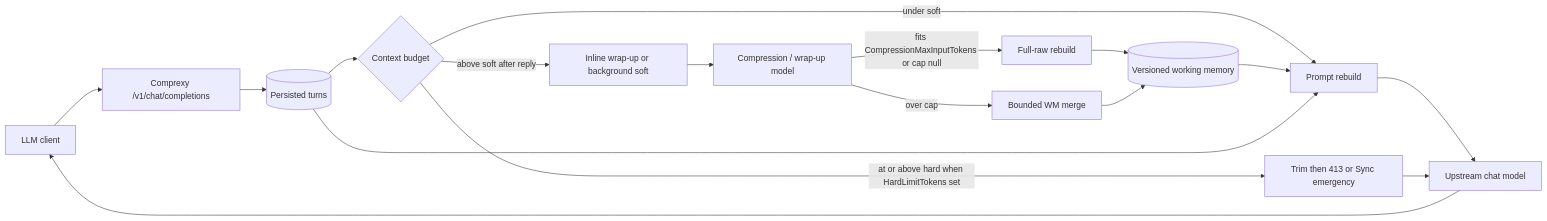
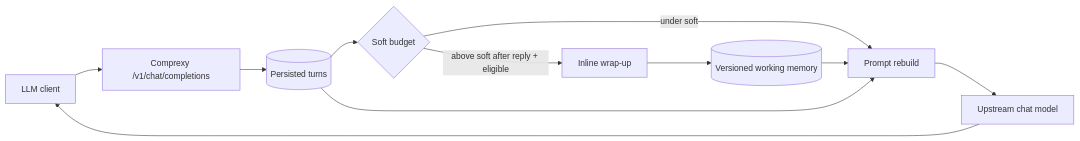
Before and after one commit to norielmallari/comprexy: the diagram in README.md, drawn with Mermaid. The commit also changed other lines of this file and 49 other files, not shown here.

Commit message:
feat: keep only Inline wrap-up compression

````diff
--- a/README.md
+++ b/README.md
@@ -168,19 +166,13 @@
 ```mermaid
 flowchart LR
   Client[LLM client] --> Proxy["Comprexy /v1/chat/completions"]
   Proxy --> Store[(Persisted turns)]
-  Store --> Budget{Context budget}
+  Store --> Budget{Soft budget}
   Budget -->|under soft| Rebuild[Prompt rebuild]
-  Budget -->|above soft after reply| SoftPath[Inline wrap-up or background soft]
-  Budget -->|at or above hard when HardLimitTokens set| HardPath[Trim then 413 or Sync emergency]
-  SoftPath --> Compress[Compression / wrap-up model]
-  Compress -->|fits CompressionMaxInputTokens or cap null| FullRaw[Full-raw rebuild]
-  Compress -->|over cap| Merge[Bounded WM merge]
-  FullRaw --> WM[(Versioned working memory)]
-  Merge --> WM
+  Budget -->|above soft after reply + eligible| SoftPath[Inline wrap-up]
+  SoftPath --> WM[(Versioned working memory)]
   WM --> Rebuild
   Store --> Rebuild
   Rebuild --> Upstream[Upstream chat model]
-  HardPath --> Upstream
   Upstream --> Client
 ```
````
